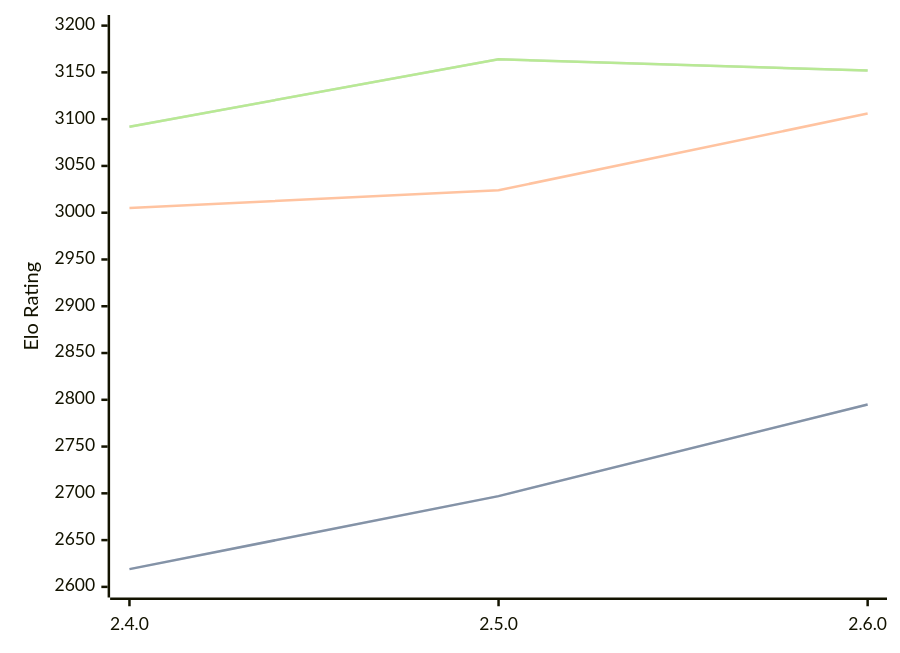
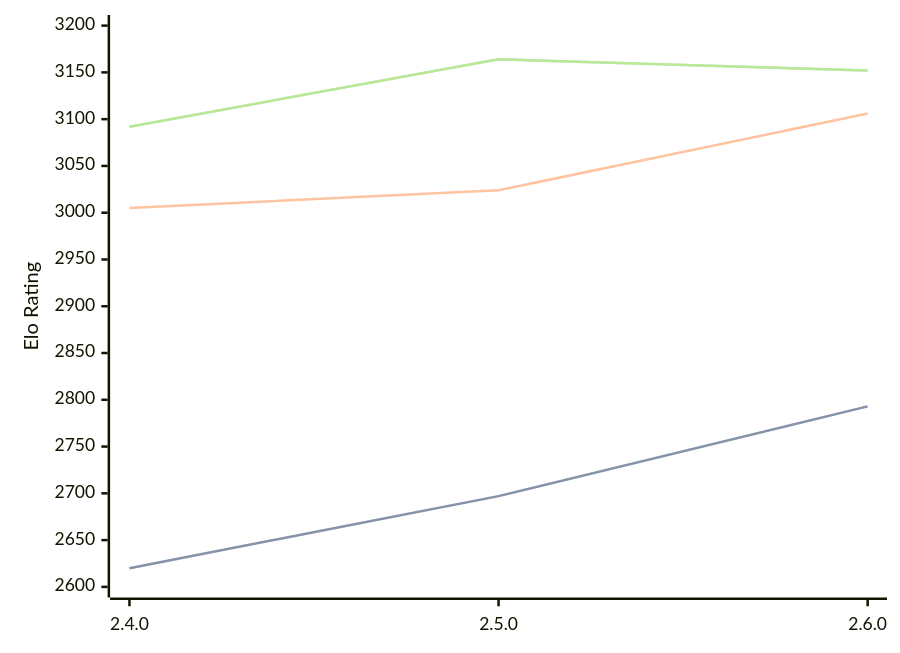
Before and after one commit to computer-chess-index/cci: the diagram in engines/Sturddle2.md, drawn with Mermaid. The commit also changed other lines of this file, not shown here.

````diff
--- a/engines/Sturddle2.md
+++ b/engines/Sturddle2.md
@@ -33,11 +33,11 @@
 ```mermaid
 %%{init: {"theme":"base","themeVariables":{"seriesColors:['#a3a3a3','#222221','#faa371']}}}%%
 xychart-beta
   x-axis ["2.4.0", "2.5.0", "2.6.0"]
   y-axis "Elo Rating" 2600 --> 3200
-  line "" [2619, 2697, 2795]
-  line "STC (8.0+0.08s)" [2619, 2697, 2795]
+  line "" [2620, 2697, 2793]
+  line "STC (8.0+0.08s)" [2620, 2697, 2793]
   line "LTC (60.0+0.60s)" [3005, 3024, 3106]
   line "" [3092, 3164, 3152]
   line "VLTC (2m24s+1.12s)" [3092, 3164, 3152]
 ```
````
